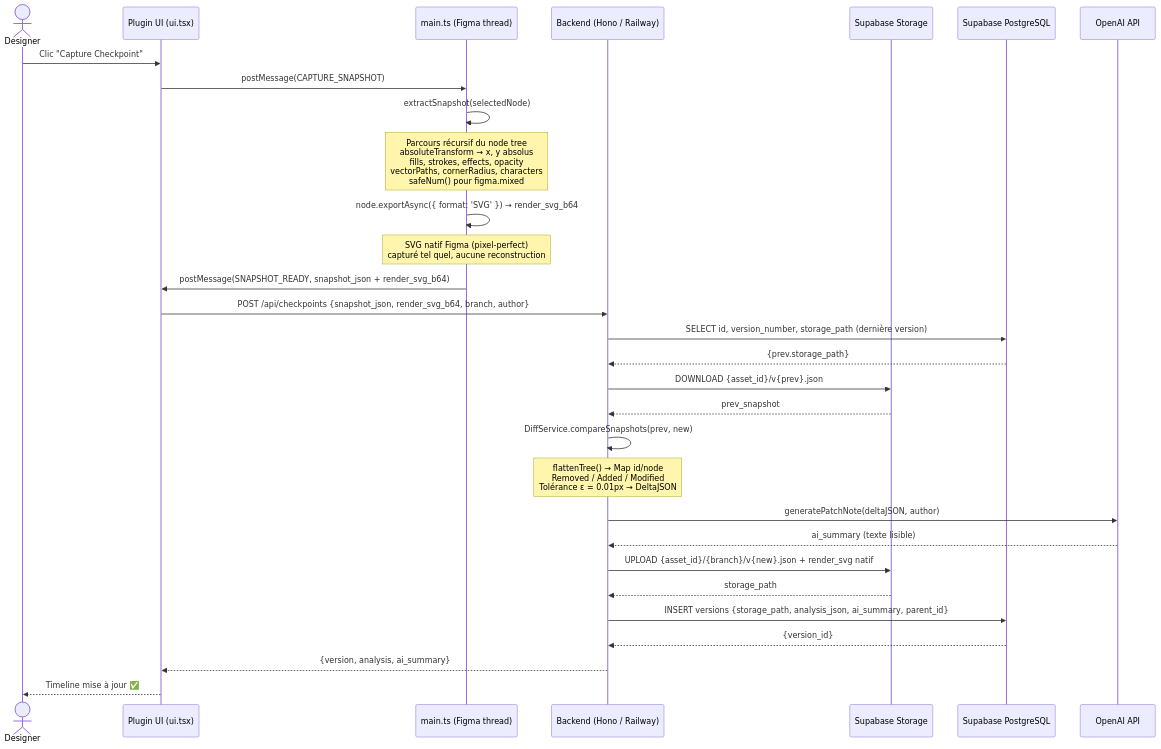
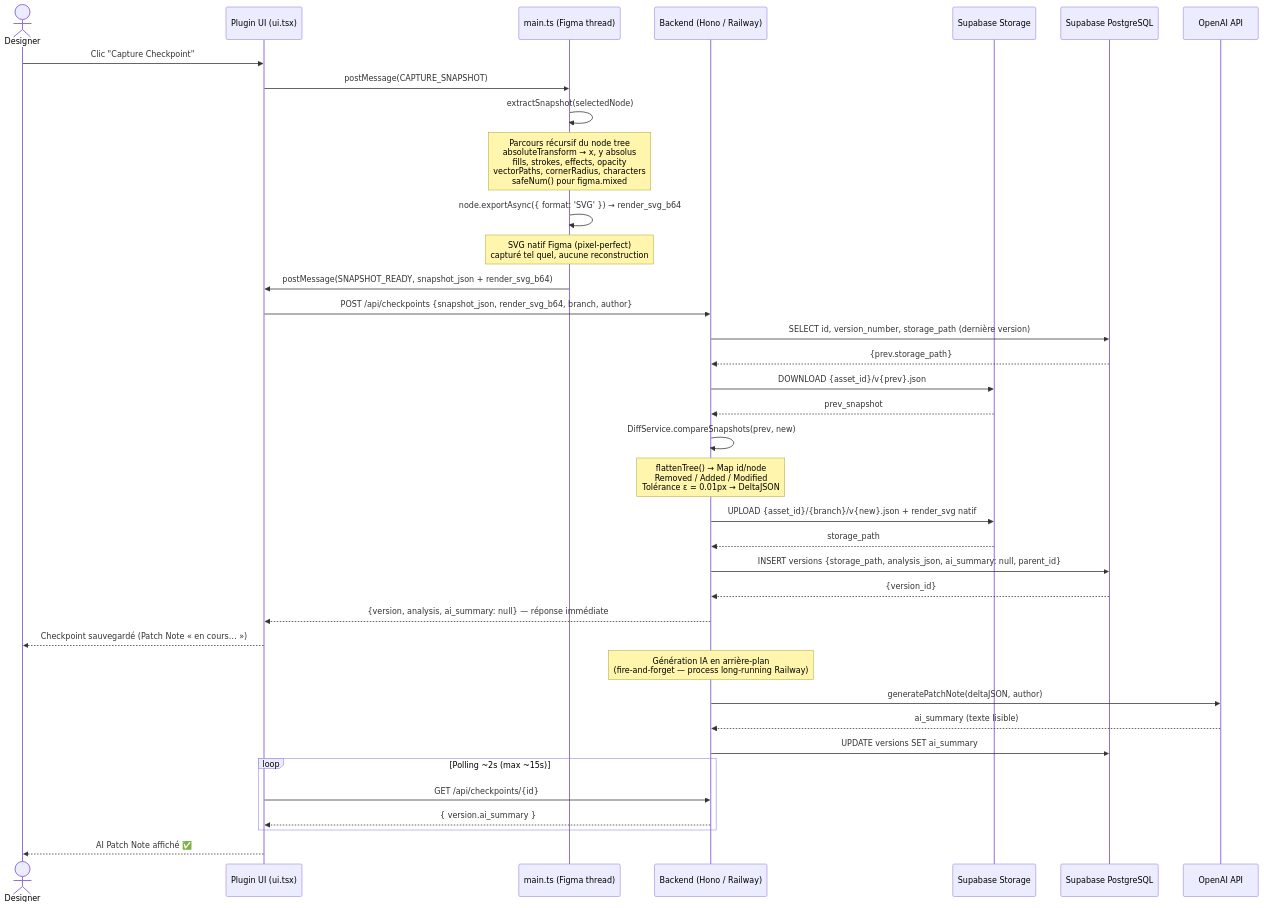
The second of 6 diagrams in docs/BC01/01-architecture.md (Hardi99/design-guardian), drawn with Mermaid before and after one commit. The commit also changed 3 other files, not shown here.

````diff
--- a/docs/BC01/01-architecture.md
+++ b/docs/BC01/01-architecture.md
@@ -84,33 +84,40 @@
 ```mermaid
 sequenceDiagram
     actor Designer
     participant PluginUI as Plugin UI (ui.tsx)
     participant Main as main.ts (Figma thread)
     participant Backend as Backend (Hono / Railway)
     participant Storage as Supabase Storage
     participant DB as Supabase PostgreSQL
     participant OpenAI as OpenAI API
 
     Designer->>PluginUI: Clic "Capture Checkpoint"
     PluginUI->>Main: postMessage(CAPTURE_SNAPSHOT)
     Main->>Main: extractSnapshot(selectedNode)
     Note over Main: Parcours récursif du node tree<br/>absoluteTransform → x, y absolus<br/>fills, strokes, effects, opacity<br/>vectorPaths, cornerRadius, characters<br/>safeNum() pour figma.mixed
     Main->>Main: node.exportAsync({ format: 'SVG' }) → render_svg_b64
     Note over Main: SVG natif Figma (pixel-perfect)<br/>capturé tel quel, aucune reconstruction
     Main->>PluginUI: postMessage(SNAPSHOT_READY, snapshot_json + render_svg_b64)
     PluginUI->>Backend: POST /api/checkpoints {snapshot_json, render_svg_b64, branch, author}
     Backend->>DB: SELECT id, version_number, storage_path (dernière version)
     DB-->>Backend: {prev.storage_path}
     Backend->>Storage: DOWNLOAD {asset_id}/v{prev}.json
     Storage-->>Backend: prev_snapshot
     Backend->>Backend: DiffService.compareSnapshots(prev, new)
     Note over Backend: flattenTree() → Map id/node<br/>Removed / Added / Modified<br/>Tolérance ε = 0.01px → DeltaJSON
+    Backend->>Storage: UPLOAD {asset_id}/{branch}/v{new}.json + render_svg natif
+    Storage-->>Backend: storage_path
+    Backend->>DB: INSERT versions {storage_path, analysis_json, ai_summary: null, parent_id}
+    DB-->>Backend: {version_id}
+    Backend-->>PluginUI: {version, analysis, ai_summary: null} — réponse immédiate
+    PluginUI-->>Designer: Checkpoint sauvegardé (Patch Note « en cours… »)
+    Note over Backend: Génération IA en arrière-plan<br/>(fire-and-forget — process long-running Railway)
     Backend->>OpenAI: generatePatchNote(deltaJSON, author)
     OpenAI-->>Backend: ai_summary (texte lisible)
-    Backend->>Storage: UPLOAD {asset_id}/{branch}/v{new}.json + render_svg natif
-    Storage-->>Backend: storage_path
-    Backend->>DB: INSERT versions {storage_path, analysis_json, ai_summary, parent_id}
-    DB-->>Backend: {version_id}
-    Backend-->>PluginUI: {version, analysis, ai_summary}
-    PluginUI-->>Designer: Timeline mise à jour ✅
+    Backend->>DB: UPDATE versions SET ai_summary
+    loop Polling ~2s (max ~15s)
+        PluginUI->>Backend: GET /api/checkpoints/{id}
+        Backend-->>PluginUI: { version.ai_summary }
+    end
+    PluginUI-->>Designer: AI Patch Note affiché ✅
 ```
````
